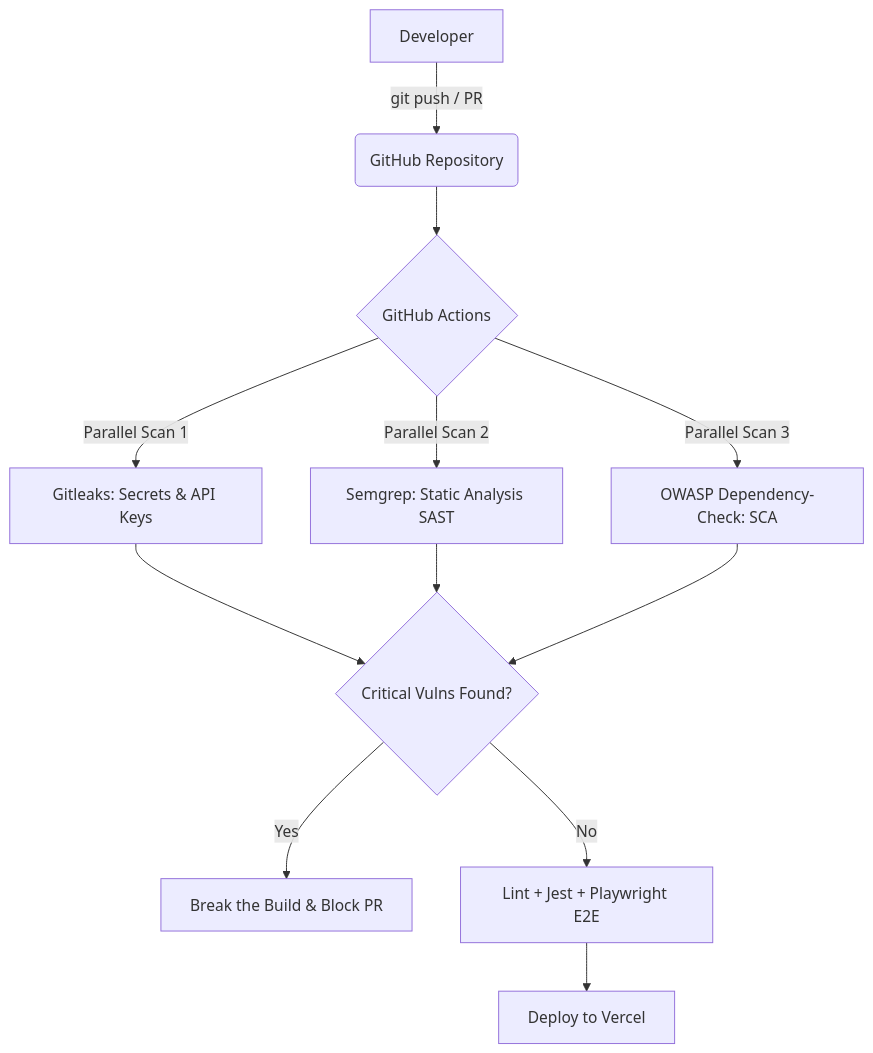
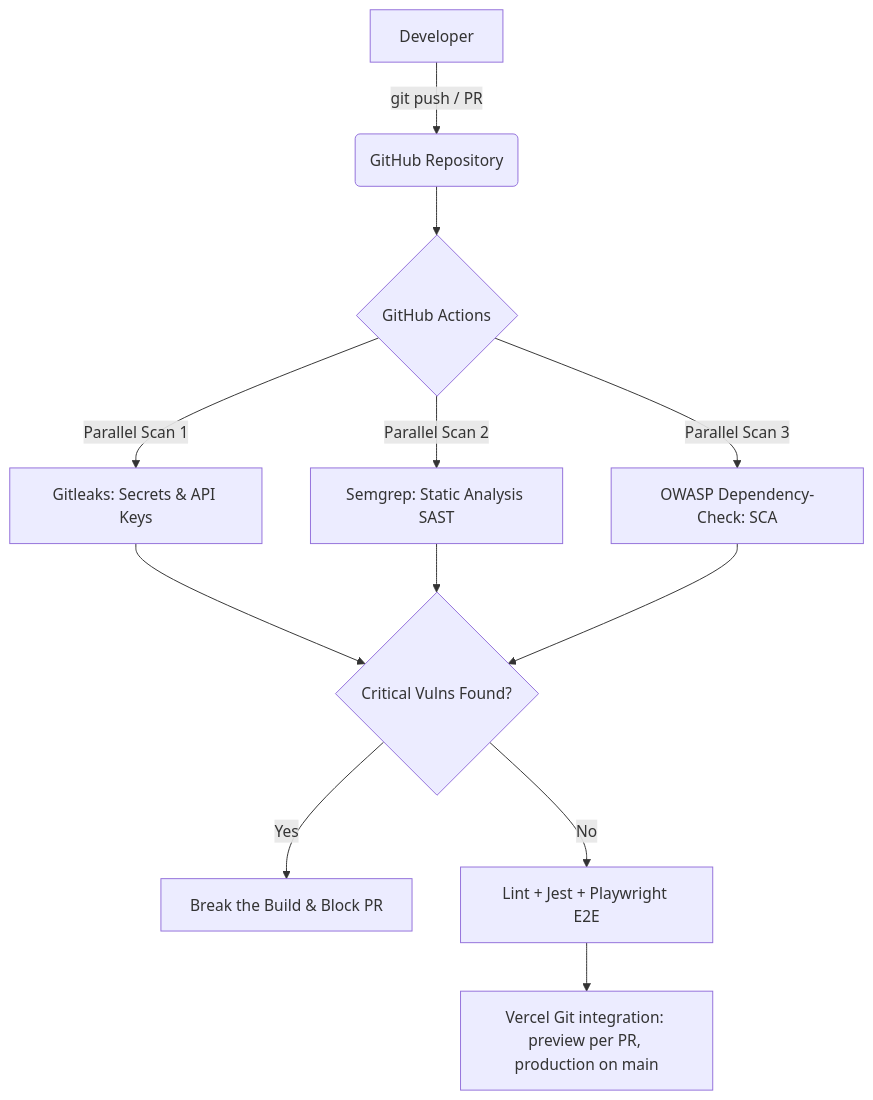
One commit to Samuel-DD07/secure-react-pipeline changed the diagram in README.md. Above: the diagram before and after it, drawn with Mermaid. The commit also changed other lines of this file and 1 other file, not shown here.

First line of the commit message:
ci: deploy via Vercel Git integration; drop CLI deploy jobs

````diff
--- a/README.md
+++ b/README.md
@@ -46,12 +46,12 @@
 ```mermaid
 graph TD
     A[Developer] -->|git push / PR| B(GitHub Repository)
     B --> C{GitHub Actions}
     C -->|Parallel Scan 1| D[Gitleaks: Secrets & API Keys]
     C -->|Parallel Scan 2| E[Semgrep: Static Analysis SAST]
     C -->|Parallel Scan 3| F[OWASP Dependency-Check: SCA]
     D & E & F --> G{Critical Vulns Found?}
     G -->|Yes| H[Break the Build & Block PR]
     G -->|No| I[Lint + Jest + Playwright E2E]
-    I --> J[Deploy to Vercel]
+    I --> J[Vercel Git integration: preview per PR, production on main]
 ```
````
